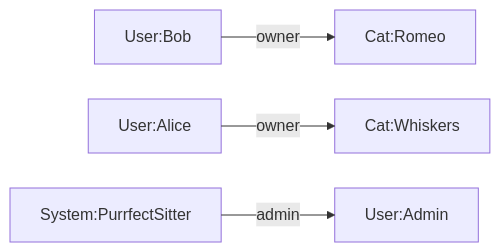
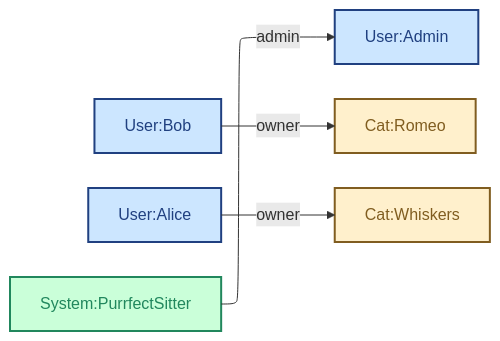
Before and after one commit to getlarge/purrfect-sitter: the fifth of 7 diagrams in docs/articles/how-to-protect-your-api-with-openfga/openfga-authorization-diagram.md, drawn with Mermaid. The commit also changed other lines of this file and 1 other file, not shown here.

Commit message:
docs: enhance OpenFGA authorization diagrams with improved clarity and class definitions

````diff
--- a/docs/articles/how-to-protect-your-api-with-openfga/openfga-authorization-diagram.md
+++ b/docs/articles/how-to-protect-your-api-with-openfga/openfga-authorization-diagram.md
@@ -167,13 +186,25 @@
 ```mermaid
 ---
 config:
   theme: mc
   layout: elk
 ---
+
 flowchart LR
-    Bob["User:Bob"] -- owner --> Romeo["Cat:Romeo"]
+    Bob["User:Bob"]:::user
+    Alice["User:Alice"]:::user
+    Admin["User:Admin"]:::user
 
-    Alice["User:Alice"] -- owner --> Whiskers["Cat:Whiskers"]
-    System1["System:PurrfectSitter"] -- admin --> Admin["User:Admin"]
+    Romeo["Cat:Romeo"]:::cat
+    Whiskers["Cat:Whiskers"]:::cat
 
+    System1["System:PurrfectSitter"]:::system
+
+    Bob -- owner --> Romeo
+    Alice -- owner --> Whiskers
+    System1 -- admin --> Admin
+
+    classDef user fill:#cce6ff,stroke:#204080,stroke-width:2px,color:#204080;
+    classDef cat fill:#fff0cc,stroke:#805d20,stroke-width:2px,color:#805d20;
+    classDef system fill:#caffd9,stroke:#21875d,stroke-width:2px,color:#21875d;
 ```
````
